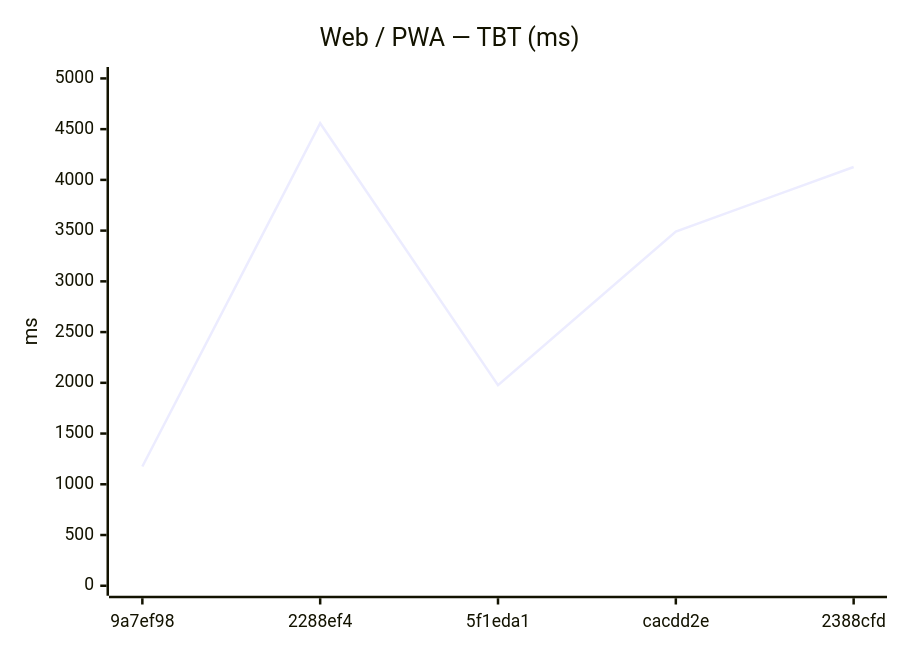
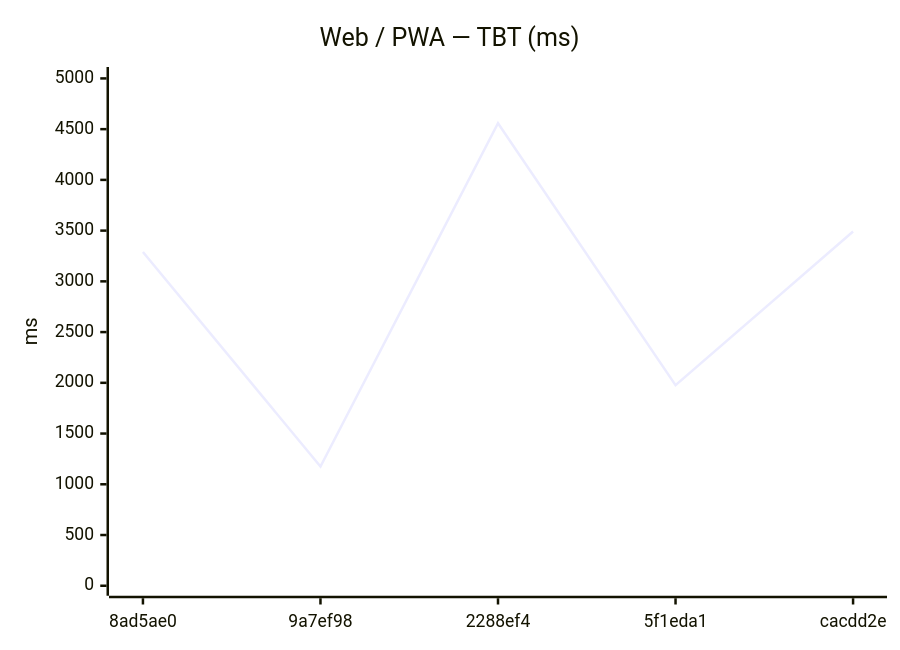
One commit to Metaheurist/Rianell changed the sixth of 12 diagrams in benchmarks/compare.md. Above: the diagram before and after it, drawn with Mermaid. The commit also changed other lines of this file and 8 other files, not shown here.

````diff
--- a/benchmarks/compare.md
+++ b/benchmarks/compare.md
@@ -89,7 +89,7 @@
 ```mermaid
 xychart-beta
     title "Web / PWA — TBT (ms)"
-    x-axis ["9a7ef98", "2288ef4", "5f1eda1", "cacdd2e", "2388cfd"]
+    x-axis ["8ad5ae0", "9a7ef98", "2288ef4", "5f1eda1", "cacdd2e"]
     y-axis "ms" 0 --> 5014
-    line [1175, 4558, 1976, 3491, 4127]
+    line [3289, 1175, 4558, 1976, 3491]
 ```
````
